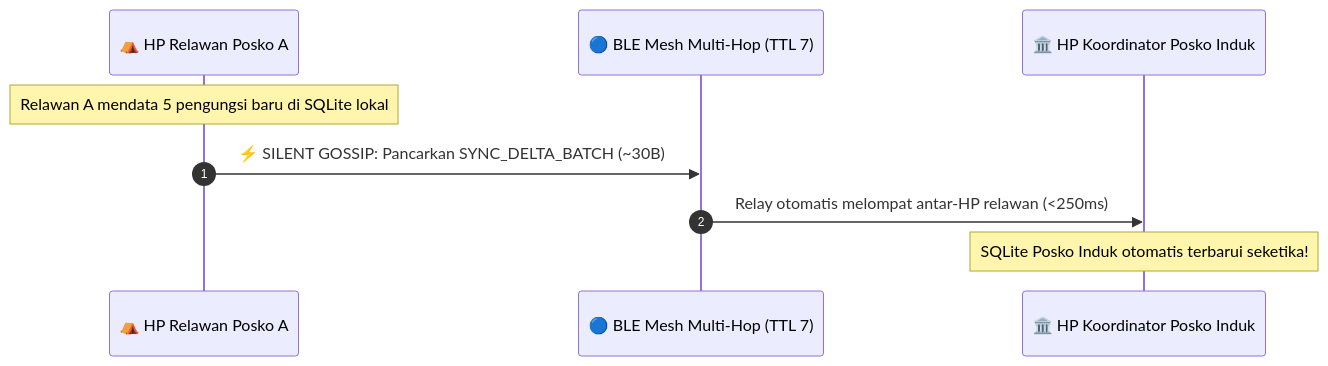
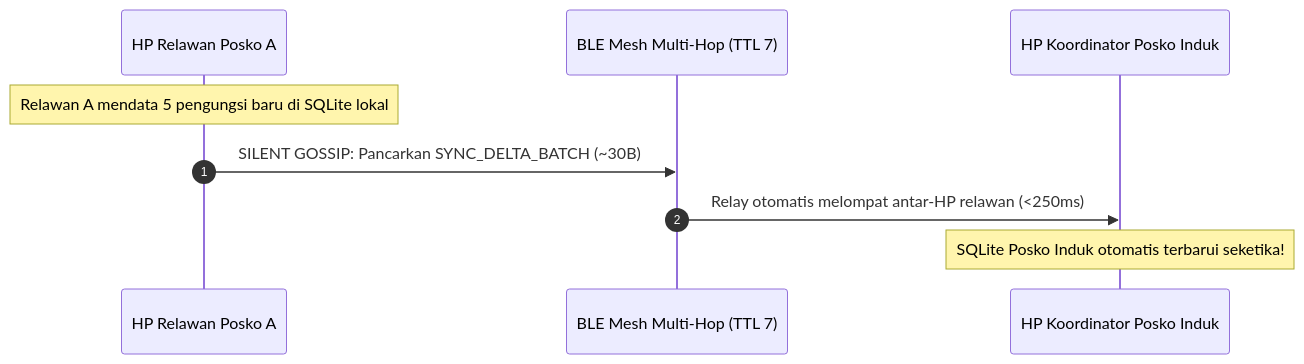
One commit to untacorp/sandya changed the second of 5 diagrams in docs/event-sourcing-dan-hierarki.md. Above: the diagram before and after it, drawn with Mermaid. The commit also changed other lines of this file and 218 other files, not shown here.

````diff
--- a/docs/event-sourcing-dan-hierarki.md
+++ b/docs/event-sourcing-dan-hierarki.md
@@ -79,12 +79,12 @@
 ```mermaid
 sequenceDiagram
-    autonumber
-    participant PosA as ⛺ HP Relawan Posko A
-    participant Mesh as 🔵 BLE Mesh Multi-Hop (TTL 7)
-    participant PosInduk as 🏛️ HP Koordinator Posko Induk
+  autonumber
+  participant PosA as  HP Relawan Posko A
+  participant Mesh as  BLE Mesh Multi-Hop (TTL 7)
+  participant PosInduk as  HP Koordinator Posko Induk
 
-    Note over PosA: Relawan A mendata 5 pengungsi baru di SQLite lokal
-    PosA->>Mesh: ⚡ SILENT GOSSIP: Pancarkan SYNC_DELTA_BATCH (~30B)
-    Mesh->>PosInduk: Relay otomatis melompat antar-HP relawan (<250ms)
-    Note over PosInduk: SQLite Posko Induk otomatis terbarui seketika!
+  Note over PosA: Relawan A mendata 5 pengungsi baru di SQLite lokal
+  PosA->>Mesh:  SILENT GOSSIP: Pancarkan SYNC_DELTA_BATCH (~30B)
+  Mesh->>PosInduk: Relay otomatis melompat antar-HP relawan (<250ms)
+  Note over PosInduk: SQLite Posko Induk otomatis terbarui seketika!
 ```
````
